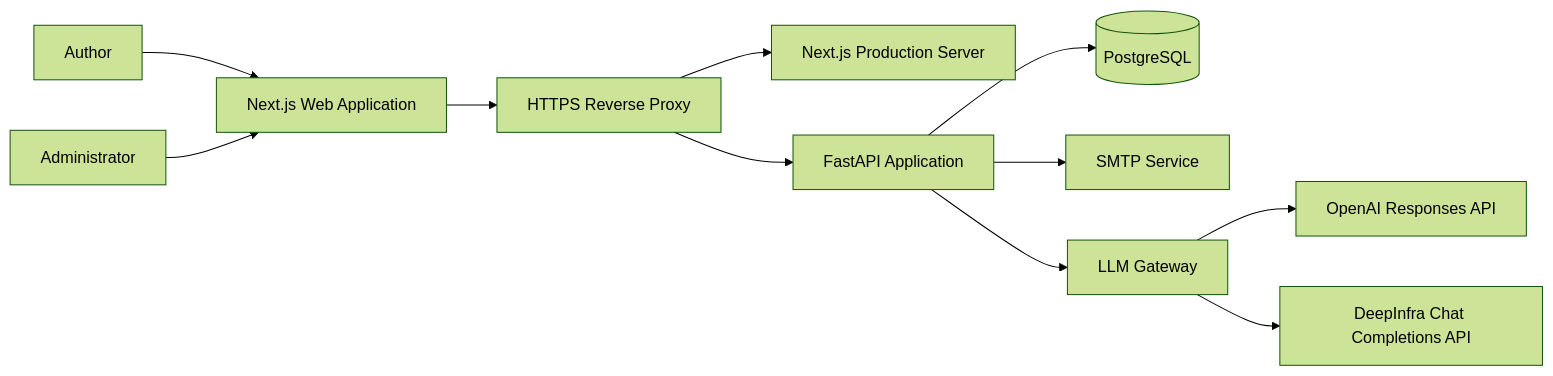
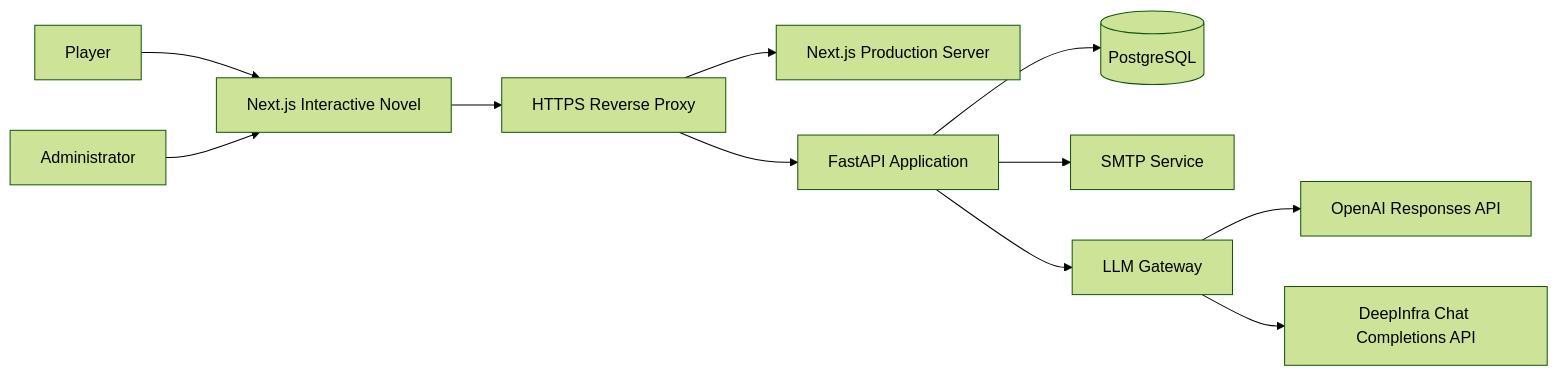
One commit to FoLAWy-py/Witscraft changed the first of 4 diagrams in system architecture.md. Above: the diagram before and after it, drawn with Mermaid (forest theme). The commit also changed other lines of this file and 10 other files, not shown here.

Commit message:
Clarify interactive novel product positioning

````diff
--- a/system architecture.md
+++ b/system architecture.md
@@ -29,13 +29,13 @@
 ```mermaid
 flowchart LR
-    User["Author"] --> Browser["Next.js Web Application"]
+    User["Player"] --> Browser["Next.js Interactive Novel"]
     Administrator["Administrator"] --> Browser
     Browser --> Proxy["HTTPS Reverse Proxy"]
     Proxy --> Web["Next.js Production Server"]
     Proxy --> API["FastAPI Application"]
     API --> Database[("PostgreSQL")]
     API --> SMTP["SMTP Service"]
     API --> Gateway["LLM Gateway"]
     Gateway --> OpenAI["OpenAI Responses API"]
     Gateway --> DeepInfra["DeepInfra Chat Completions API"]
 ```
````
